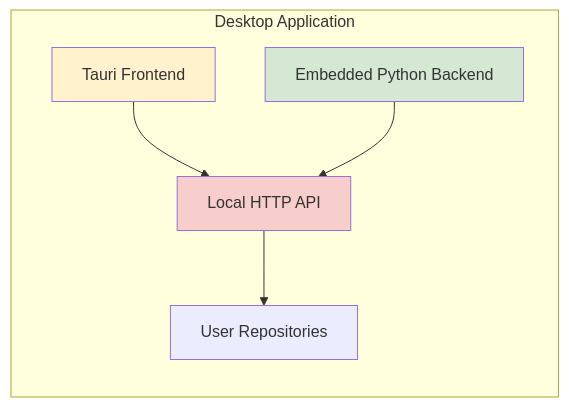
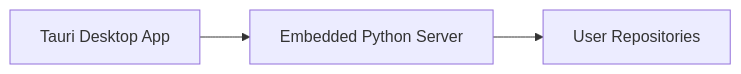
One commit to boost-edu-tools/gitinspectorgui changed the fourth of 4 diagrams in docs/architecture/overview.md. Above: the diagram before and after it, drawn with Mermaid. The commit also changed other lines of this file and 11 other files, not shown here.

````diff
--- a/docs/architecture/overview.md
+++ b/docs/architecture/overview.md
@@ -268,17 +120,5 @@
 ```mermaid
 graph LR
-    subgraph "Desktop Application"
-        A[Tauri Frontend]
-        B[Embedded Python Backend]
-        C[Local HTTP API]
-        D[User Repositories]
-    end
-
-    A --> C
-    B --> C
-    C --> D
-
-    style A fill:#fff2cc
-    style B fill:#d5e8d4
-    style C fill:#f8cecc
+    A[Tauri Desktop App] --> B[Embedded Python Server]
+    B --> C[User Repositories]
 ```
````
